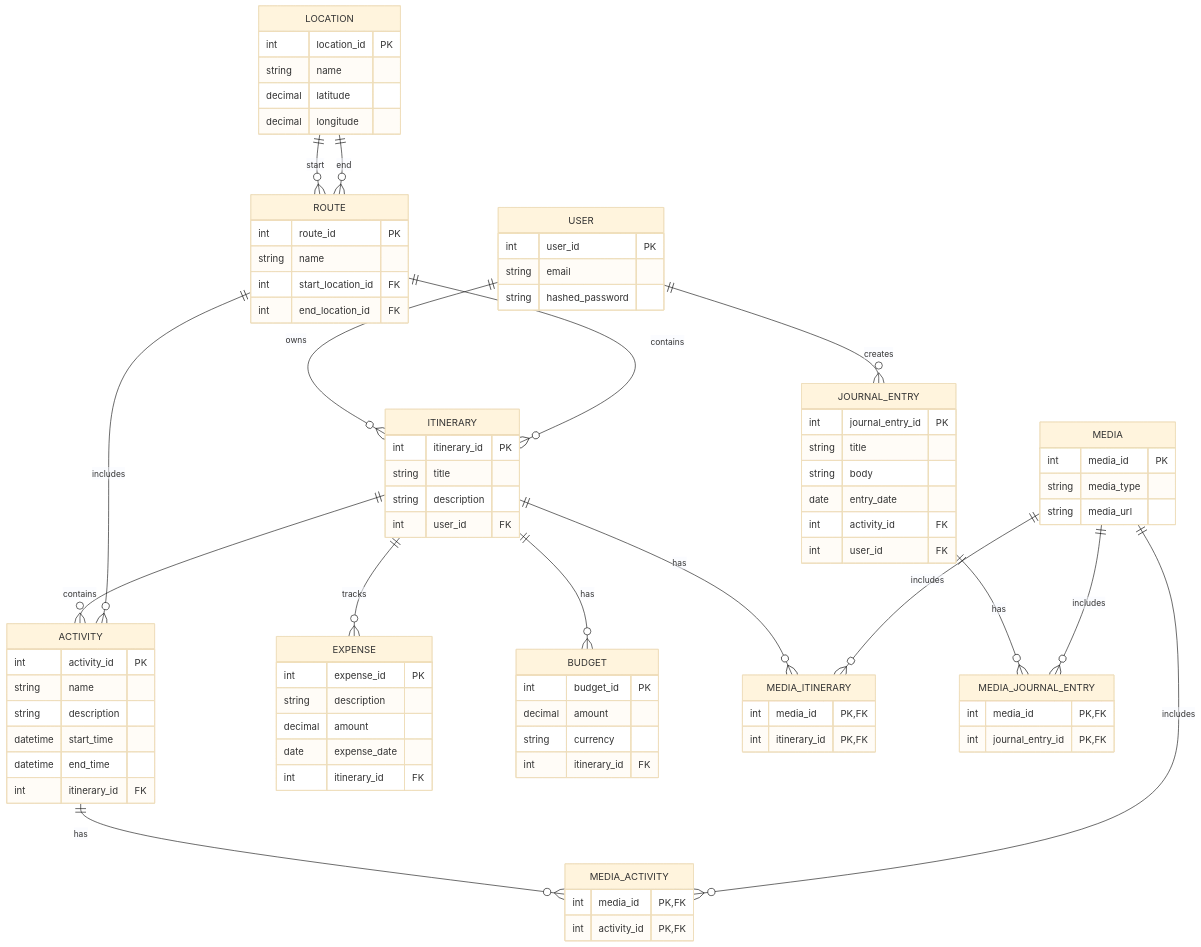
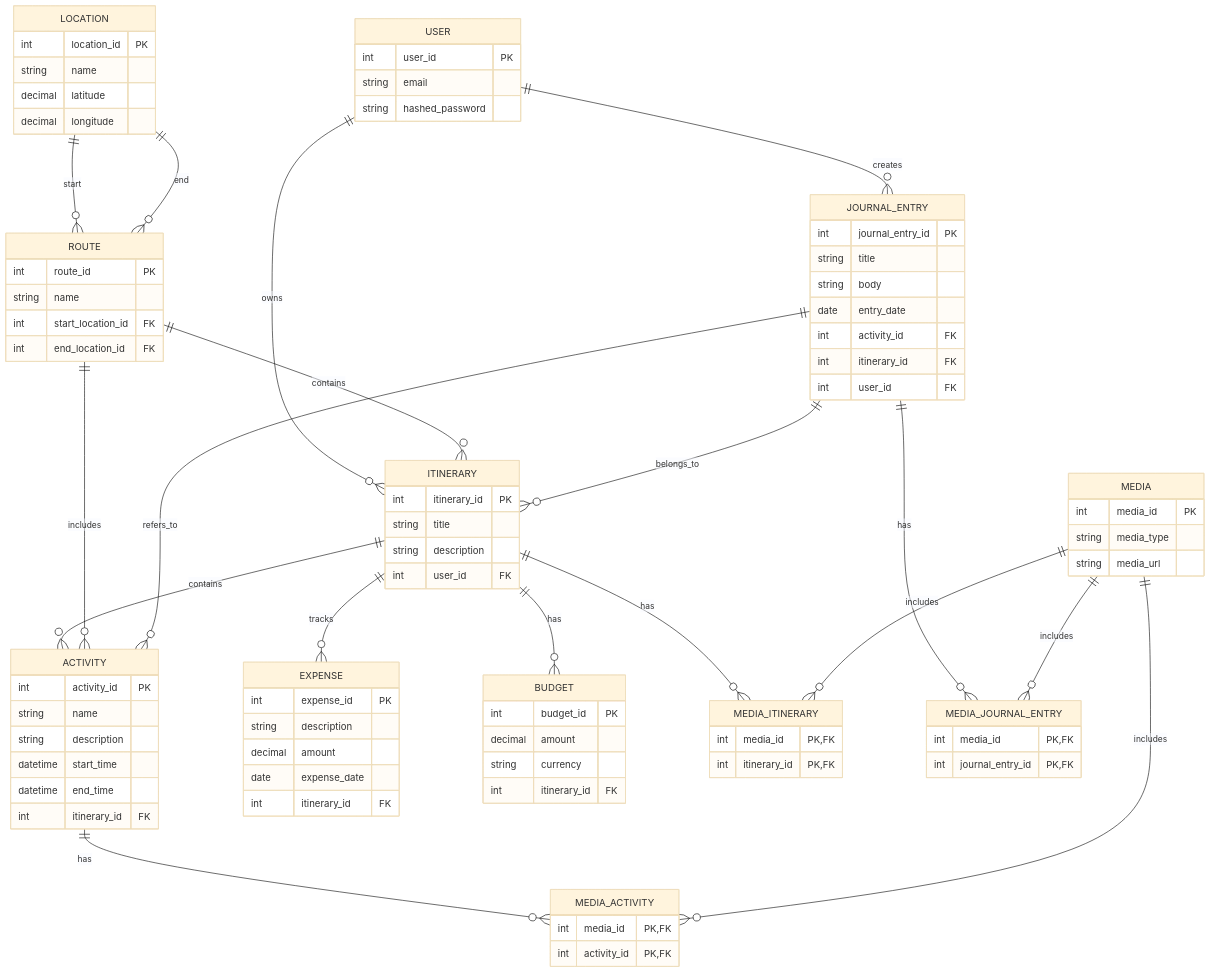
Before and after one commit to jarlah/JourniPlan: the diagram in README.md, drawn with Mermaid (base theme).

Commit message:
relationships

````diff
--- a/README.md
+++ b/README.md
@@ -41,6 +41,7 @@
         string body
         date entry_date
         int activity_id FK
+        int itinerary_id FK
         int user_id FK
     }
     MEDIA {
@@ -103,4 +104,6 @@
     LOCATION ||--o{ ROUTE : end
     ROUTE ||--o{ ACTIVITY : includes
     ROUTE ||--o{ ITINERARY : contains
+    JOURNAL_ENTRY ||--o{ ACTIVITY : refers_to
+    JOURNAL_ENTRY ||--o{ ITINERARY : belongs_to
 ```
````
